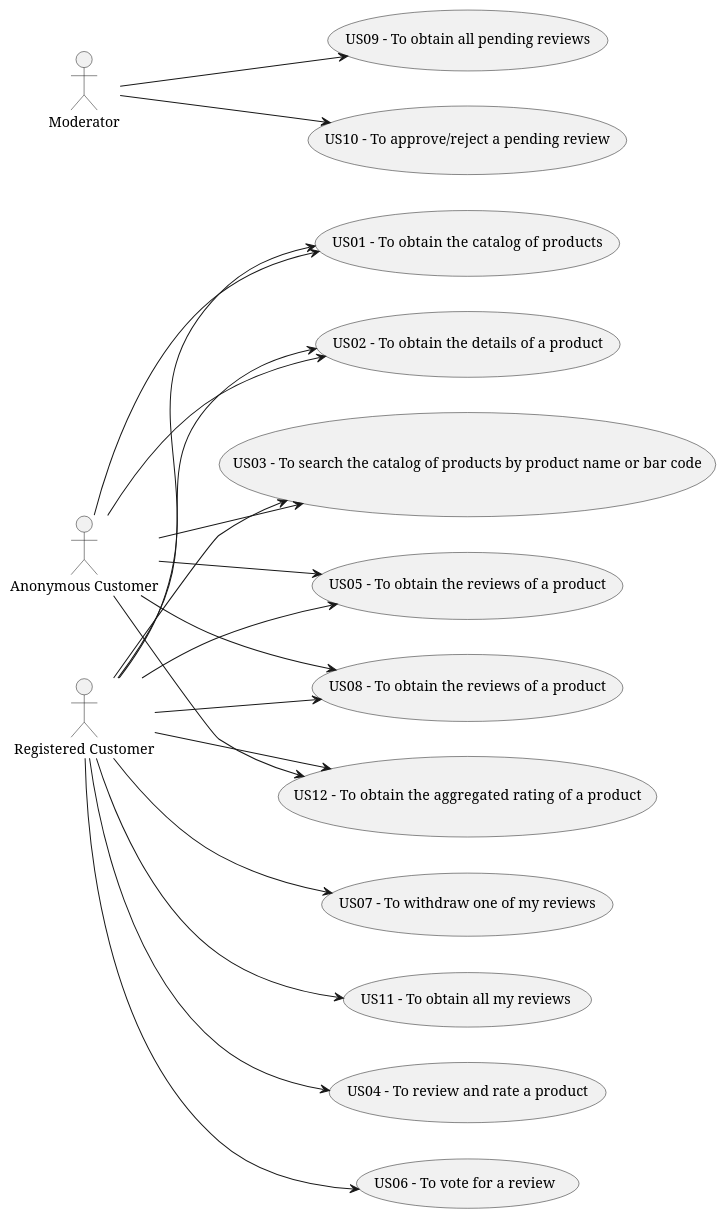
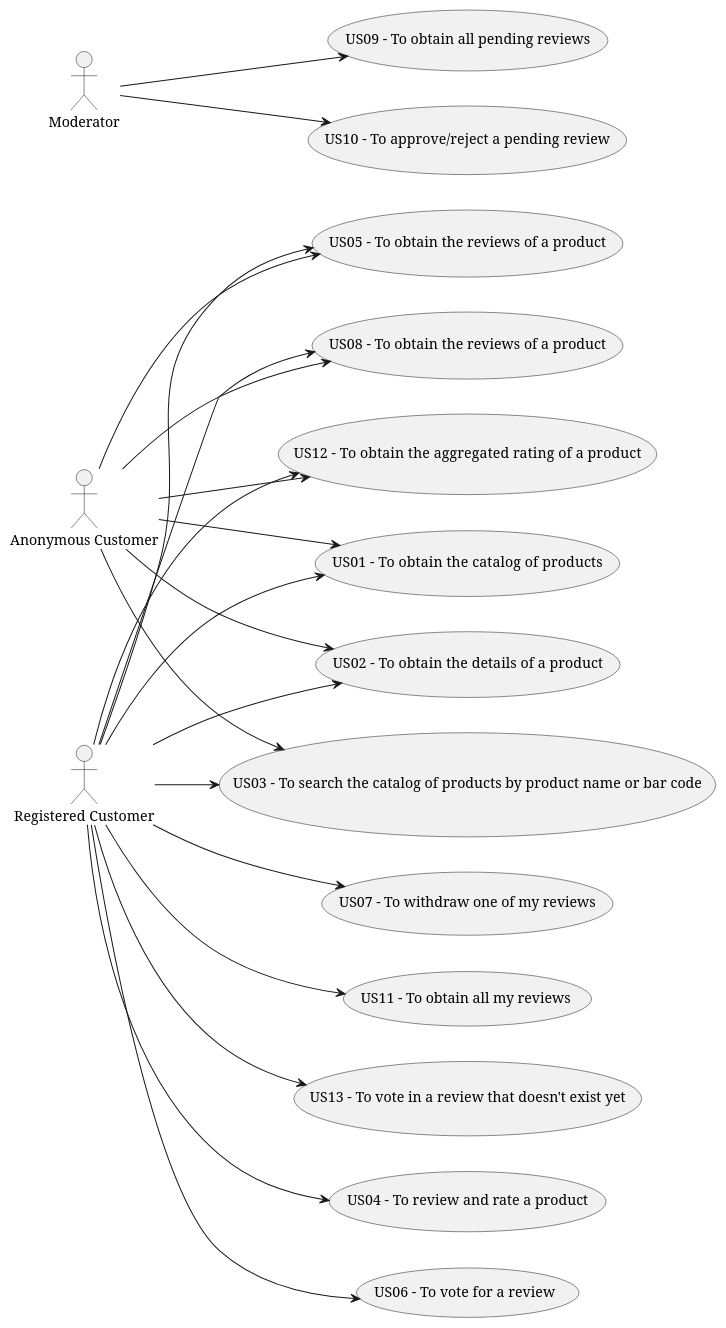
Before and after one commit to TiagoNora/SIDIS-Docs: the diagram in Docs/UCD.puml, drawn with PlantUML. The commit also changed 2 other files, not shown here.

```diff
--- a/Docs/UCD.puml
+++ b/Docs/UCD.puml
@@ -1,58 +1,61 @@
 @startuml
 'https://plantuml.com/use-case-diagram
 
 left to right direction
 
 
 :Anonymous Customer: as aCostumer
 :Registered Customer: as rCostumer
 :Moderator: as moderator
 
 
 (US01  - To obtain the catalog of products) as US01
 (US02  - To obtain the details of a product) as US02
 (US03  - To search the catalog of products by product name or bar code) as US03
 (US04  - To review and rate a product) as US04
 (US05  - To obtain the reviews of a product) as US05
 (US06  - To vote for a review) as US06
 (US07  - To withdraw one of my reviews) as US07
 (US08  - To obtain the reviews of a product) as US08
 (US09  - To obtain all pending reviews) as US09
 (US10  - To approve/reject a pending review) as US10
 (US11  - To obtain all my reviews) as US11
 (US12  - To obtain the aggregated rating of a product) as US12
+(US13  - To vote in a review that doesn't exist yet) as US13
 
 'package 1'
 aCostumer --> US01
 aCostumer --> US02
 aCostumer --> US03
 
 rCostumer --> US01
 rCostumer --> US02
 rCostumer --> US03
 
 'package 2'
 rCostumer --> US04
 rCostumer --> US05
 aCostumer --> US05
 
 'package 3'
 rCostumer --> US06
 rCostumer --> US07
 rCostumer --> US08
 aCostumer --> US08
 
 'package 4'
 moderator --> US09
 moderator --> US10
 rCostumer --> US11
 
 'package 5'
 aCostumer --> US12
 rCostumer --> US12
 
+rCostumer --> US13
+
 
 
 
 
 @enduml
```
